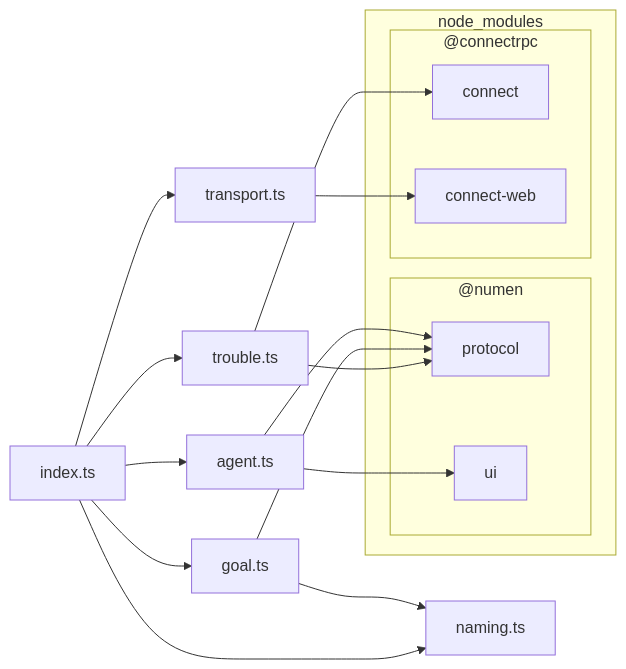
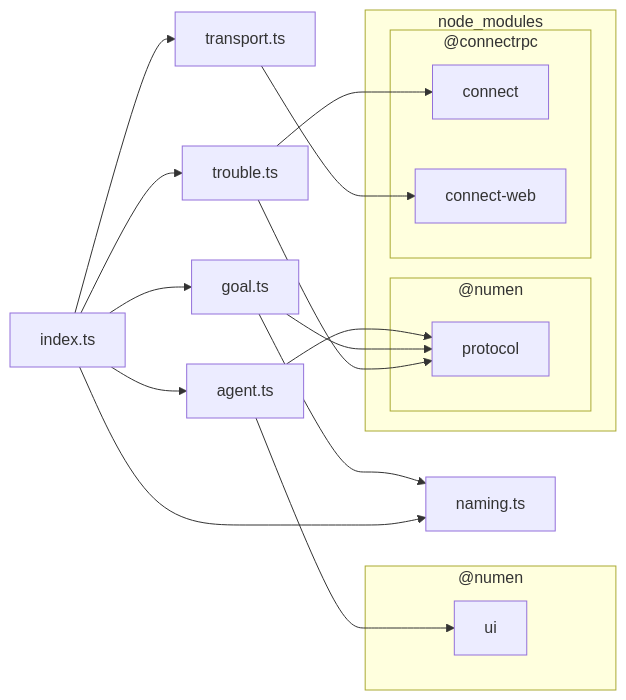
Before and after one commit to jiva-studio/numen: the second of 5 diagrams in docs/dependencies.md, drawn with Mermaid. The commit also changed other lines of this file, not shown here.

````diff
--- a/docs/dependencies.md
+++ b/docs/dependencies.md
@@ -363,32 +363,34 @@
 ```mermaid
 flowchart LR
 
 subgraph 2["node_modules"]
 subgraph 3["@connectrpc"]
 4["connect"]
 5["connect-web"]
 end
 subgraph 6["@numen"]
 7["protocol"]
-8["ui"]
 end
 end
-9["agent.ts"]
-A["goal.ts"]
-B["index.ts"]
-C["naming.ts"]
-D["transport.ts"]
-E["trouble.ts"]
-9-->7
-9-->8
+subgraph 8["@numen"]
+9["ui"]
+end
+A["agent.ts"]
+B["goal.ts"]
+C["index.ts"]
+D["naming.ts"]
+E["transport.ts"]
+F["trouble.ts"]
 A-->7
-A-->C
-B-->9
-B-->A
-B-->C
+A-->9
+B-->7
 B-->D
-B-->E
-D-->5
-E-->4
-E-->7
+C-->A
+C-->B
+C-->D
+C-->E
+C-->F
+E-->5
+F-->4
+F-->7
 ```
````
